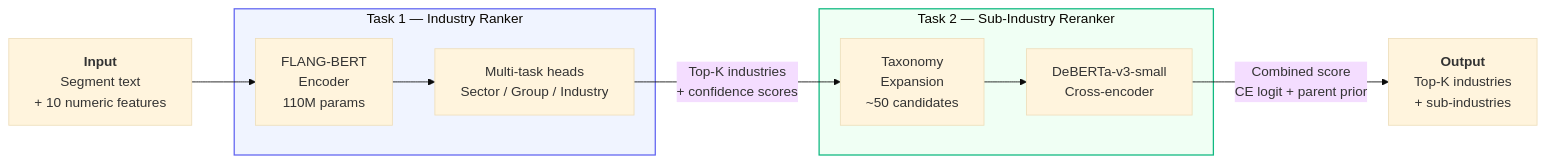
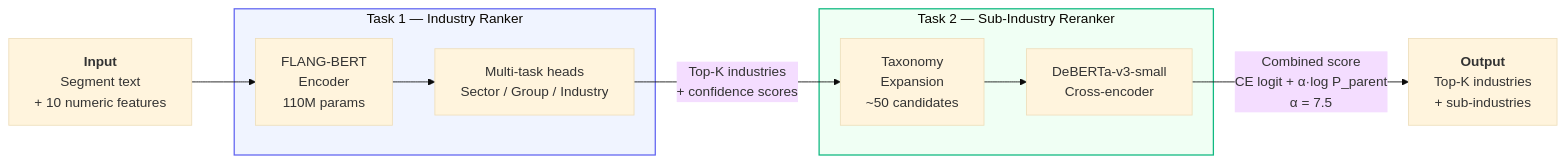
One commit to meeetppatel/depaul-morningstar-capstone changed the first of 4 diagrams in README.md. Above: the diagram before and after it, drawn with Mermaid (base theme). The commit also changed other lines of this file and 7 other files, not shown here.

````diff
--- a/README.md
+++ b/README.md
@@ -47,23 +79,23 @@
 ```mermaid
 flowchart LR
     A["`**Input**
     Segment text
     + 10 numeric features`"] --> B
 
     subgraph T1["Task 1 — Industry Ranker"]
         B["FLANG-BERT\nEncoder\n110M params"] --> C["Multi-task heads\nSector / Group / Industry"]
     end
 
     C -->|"Top-K industries\n+ confidence scores"| D
 
     subgraph T2["Task 2 — Sub-Industry Reranker"]
         D["Taxonomy\nExpansion\n~50 candidates"] --> E["DeBERTa-v3-small\nCross-encoder"]
     end
 
-    E -->|"Combined score\nCE logit + parent prior"| F["`**Output**
+    E -->|"Combined score\nCE logit + α·log P_parent\nα = 7.5"| F["`**Output**
     Top-K industries
     + sub-industries`"]
 
     style T1 fill:#f0f4ff,stroke:#6366f1,stroke-width:1.5px
     style T2 fill:#f0fff4,stroke:#10b981,stroke-width:1.5px
 ```
````
